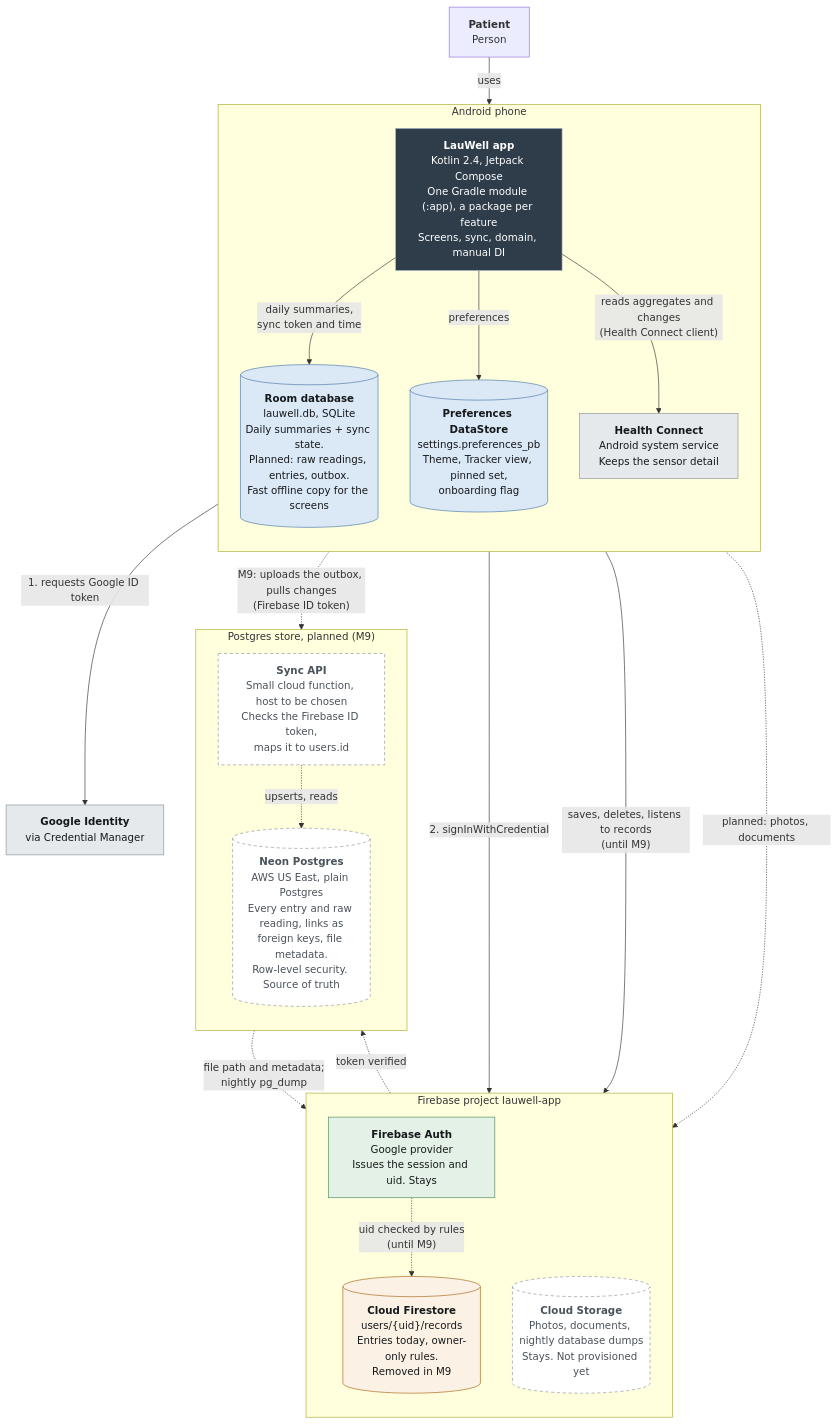
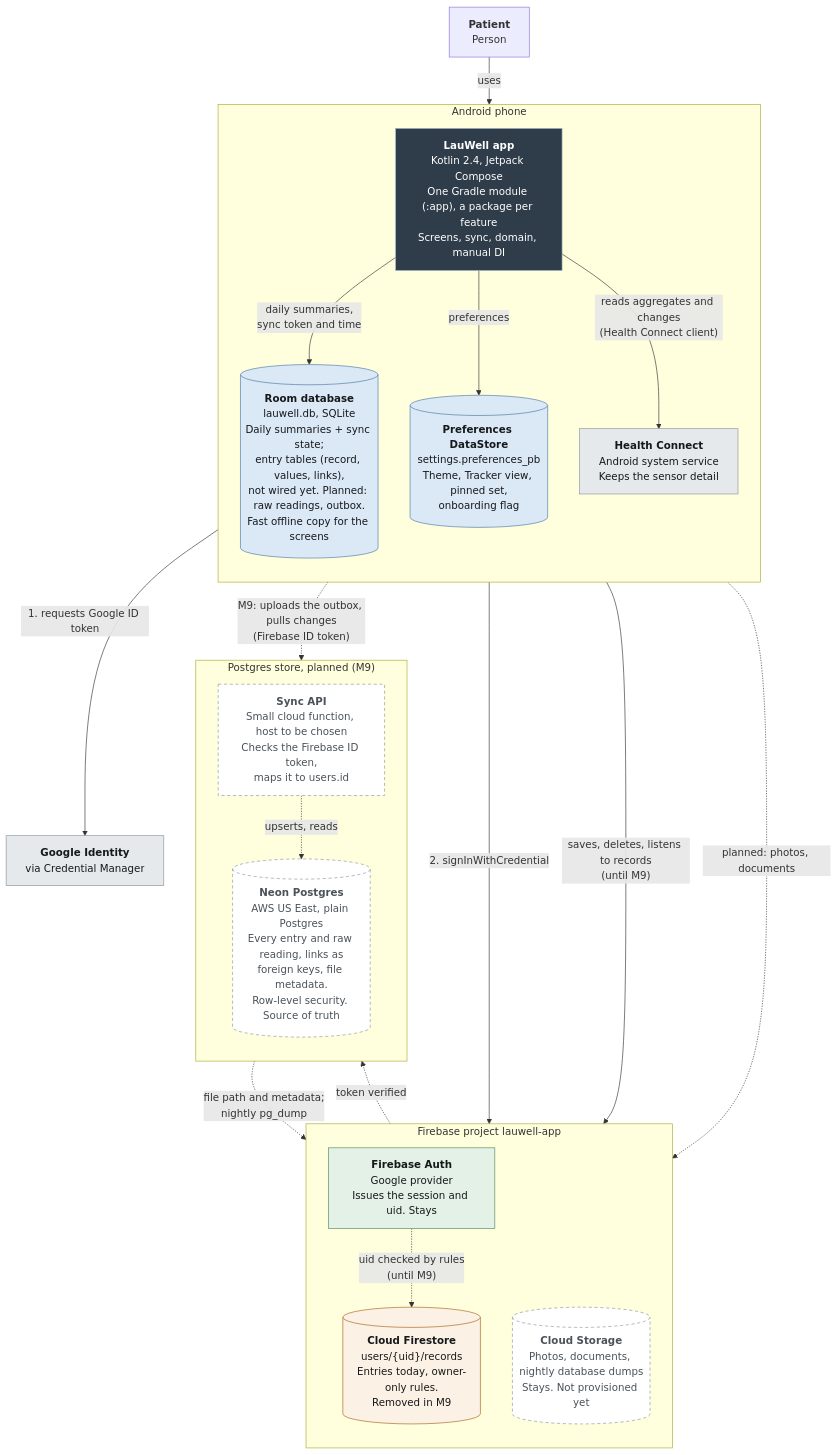
One commit to Laul/LauWell changed the diagram in docs/architecture/c4/c4-2-containers.mmd. Above: the diagram before and after it, drawn with Mermaid. The commit also changed 2 other files, not shown here.

Commit message:
[docs] C4: Room now holds the entry tables (not wired yet)
Architecture check for Shared foundation: the Room box in levels 2 and 3 lists record, record_value and
record_link as built; raw readings and the outbox stay planned. Page re-rendered from the sources.

```diff
--- a/docs/architecture/c4/c4-2-containers.mmd
+++ b/docs/architecture/c4/c4-2-containers.mmd
@@ -1,48 +1,48 @@
 %% C4 level 2 - Containers. Solid = built, dashed = planned, amber = built and being removed (M9).
 %% Updated 2026-11-06 for the decisions of 2026-11-04.
 flowchart TB
   classDef app fill:#2f3d4a,stroke:#9fb2c4,color:#ffffff
   classDef store fill:#dbe8f5,stroke:#4b78a8,color:#16191C
   classDef cloud fill:#e3f1e6,stroke:#4f8a5c,color:#16191C
   classDef ext fill:#e6e9ec,stroke:#8a939b,color:#16191C
   classDef planned fill:#ffffff,stroke:#8a939b,color:#4a525a,stroke-dasharray:5 4
   classDef retiring fill:#fbf1e4,stroke:#a8641a,color:#16191C
 
   P["<b>Patient</b><br/>Person"]
 
   subgraph PHONE["Android phone"]
     direction TB
     APP["<b>LauWell app</b><br/>Kotlin 2.4, Jetpack Compose<br/>One Gradle module (:app), a package per feature<br/>Screens, sync, domain, manual DI"]:::app
-    ROOM[("<b>Room database</b><br/>lauwell.db, SQLite<br/>Daily summaries + sync state.<br/>Planned: raw readings, entries, outbox.<br/>Fast offline copy for the screens")]:::store
+    ROOM[("<b>Room database</b><br/>lauwell.db, SQLite<br/>Daily summaries + sync state;<br/>entry tables (record, values, links),<br/>not wired yet. Planned: raw readings, outbox.<br/>Fast offline copy for the screens")]:::store
     DS[("<b>Preferences DataStore</b><br/>settings.preferences_pb<br/>Theme, Tracker view, pinned set,<br/>onboarding flag")]:::store
     HC["<b>Health Connect</b><br/>Android system service<br/>Keeps the sensor detail"]:::ext
   end
 
   subgraph FIREBASE["Firebase project lauwell-app"]
     direction TB
     AUTH["<b>Firebase Auth</b><br/>Google provider<br/>Issues the session and uid. Stays"]:::cloud
     ST[("<b>Cloud Storage</b><br/>Photos, documents, nightly database dumps<br/>Stays. Not provisioned yet")]:::planned
     FS[("<b>Cloud Firestore</b><br/>users/{uid}/records<br/>Entries today, owner-only rules.<br/>Removed in M9")]:::retiring
   end
 
   subgraph STORE["Postgres store, planned (M9)"]
     direction TB
     API["<b>Sync API</b><br/>Small cloud function, host to be chosen<br/>Checks the Firebase ID token,<br/>maps it to users.id"]:::planned
     PG[("<b>Neon Postgres</b><br/>AWS US East, plain Postgres<br/>Every entry and raw reading, links as<br/>foreign keys, file metadata.<br/>Row-level security. Source of truth")]:::planned
   end
 
   GI["<b>Google Identity</b><br/>via Credential Manager"]:::ext
 
   P -->|"uses"| APP
   APP -->|"daily summaries,<br/>sync token and time"| ROOM
   APP -->|"preferences"| DS
   APP -->|"reads aggregates and changes<br/>(Health Connect client)"| HC
   APP -->|"1. requests Google ID token"| GI
   APP -->|"2. signInWithCredential"| AUTH
   APP -->|"saves, deletes, listens to records<br/>(until M9)"| FS
   AUTH -.->|"uid checked by rules<br/>(until M9)"| FS
   APP -.->|"M9: uploads the outbox, pulls changes<br/>(Firebase ID token)"| API
   AUTH -.->|"token verified"| API
   API -.->|"upserts, reads"| PG
   APP -.->|"planned: photos, documents"| ST
   PG -.->|"file path and metadata;<br/>nightly pg_dump"| ST
```
